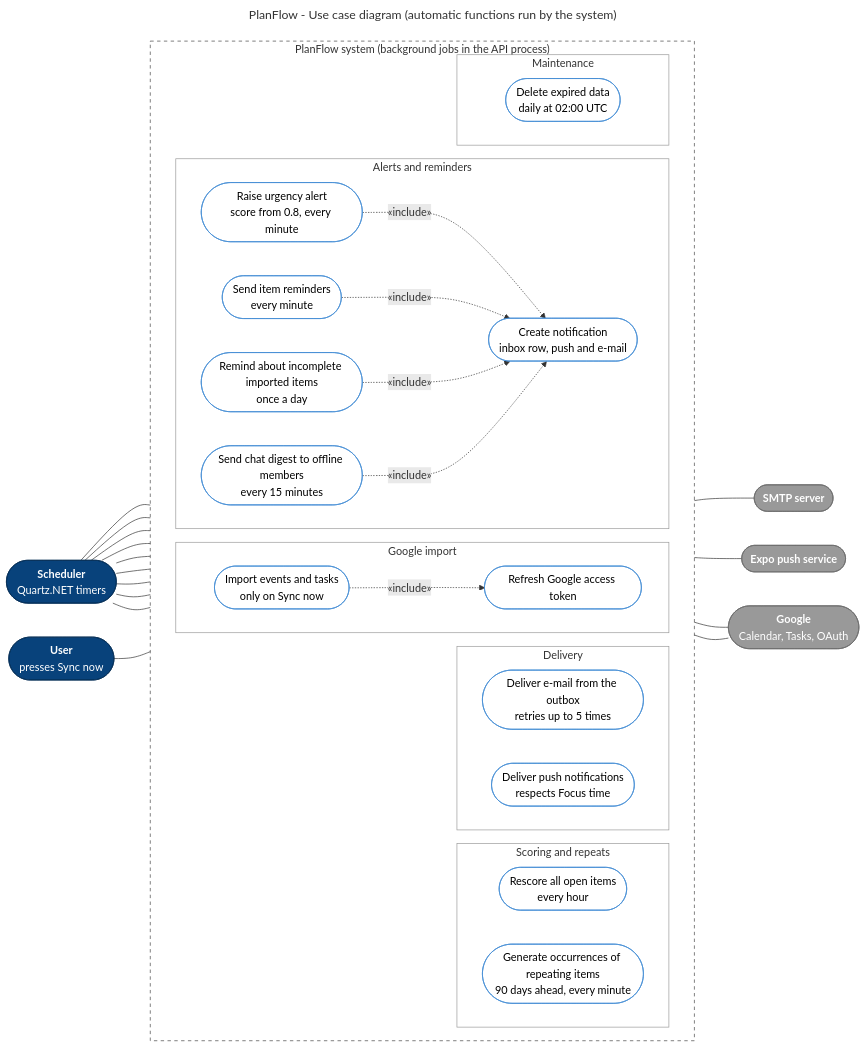
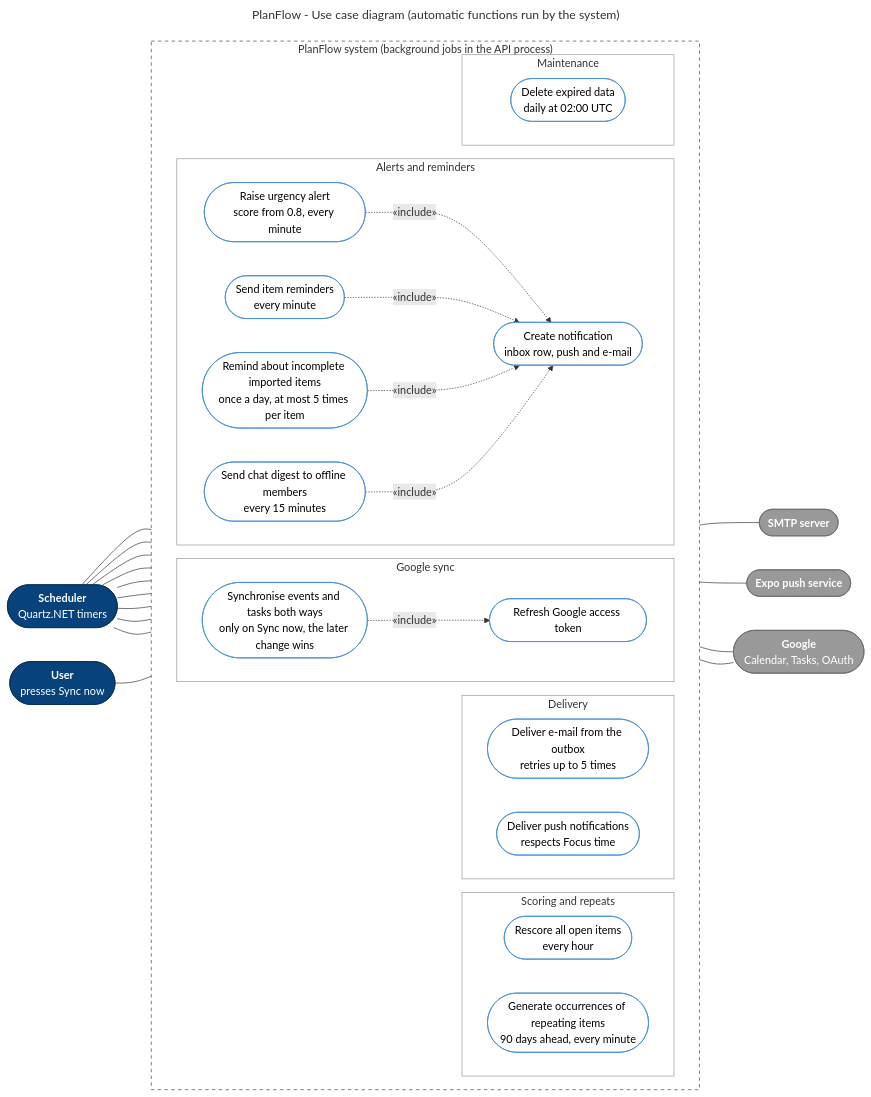
The diagram in documents/diagrams/use_cases_system.mmd (papisko7/Planflow), drawn with Mermaid before and after one commit. The commit also changed 95 other files, not shown here.

```diff
--- a/documents/diagrams/use_cases_system.mmd
+++ b/documents/diagrams/use_cases_system.mmd
@@ -1,73 +1,73 @@
 ---
 title: PlanFlow - Use case diagram (automatic functions run by the system)
 ---
 flowchart LR
     scheduler(["<b>Scheduler</b><br/>Quartz.NET timers"]):::actor
     user(["<b>User</b><br/>presses Sync now"]):::actor
     smtp(["<b>SMTP server</b>"]):::external
     expo(["<b>Expo push service</b>"]):::external
     google(["<b>Google</b><br/>Calendar, Tasks, OAuth"]):::external
 
     subgraph system ["PlanFlow system (background jobs in the API process)"]
         direction LR
 
         subgraph scoring ["Scoring and repeats"]
             rescore(["Rescore all open items<br/>every hour"]):::uc
             generate(["Generate occurrences of repeating items<br/>90 days ahead, every minute"]):::uc
         end
 
         subgraph alerts ["Alerts and reminders"]
             alert(["Raise urgency alert<br/>score from 0.8, every minute"]):::uc
             itemrem(["Send item reminders<br/>every minute"]):::uc
-            incomplete(["Remind about incomplete imported items<br/>once a day"]):::uc
+            incomplete(["Remind about incomplete imported items<br/>once a day, at most 5 times per item"]):::uc
             digest(["Send chat digest to offline members<br/>every 15 minutes"]):::uc
             notify(["Create notification<br/>inbox row, push and e-mail"]):::uc
         end
 
         subgraph delivery ["Delivery"]
             outbox(["Deliver e-mail from the outbox<br/>retries up to 5 times"]):::uc
             pushjob(["Deliver push notifications<br/>respects Focus time"]):::uc
         end
 
-        subgraph import ["Google import"]
-            syncjob(["Import events and tasks<br/>only on Sync now"]):::uc
+        subgraph import ["Google sync"]
+            syncjob(["Synchronise events and tasks both ways<br/>only on Sync now, the later change wins"]):::uc
             token(["Refresh Google access token"]):::uc
         end
 
         subgraph care ["Maintenance"]
             cleanup(["Delete expired data<br/>daily at 02:00 UTC"]):::uc
         end
     end
 
     scheduler --- rescore
     scheduler --- generate
     scheduler --- alert
     scheduler --- itemrem
     scheduler --- incomplete
     scheduler --- digest
     scheduler --- outbox
     scheduler --- pushjob
     scheduler --- cleanup
 
     user --- syncjob
 
     alert -.->|"«include»"| notify
     itemrem -.->|"«include»"| notify
     incomplete -.->|"«include»"| notify
     digest -.->|"«include»"| notify
     syncjob -.->|"«include»"| token
 
     outbox --- smtp
     pushjob --- expo
     syncjob --- google
     token --- google
 
     classDef actor fill:#08427b,stroke:#052e56,color:#fff
     classDef external fill:#999,stroke:#6b6b6b,color:#fff
     classDef uc fill:#fff,stroke:#438dd5,color:#000
     style system fill:none,stroke:#444,stroke-dasharray:5 5
     style scoring fill:none,stroke:#999
     style alerts fill:none,stroke:#999
     style delivery fill:none,stroke:#999
     style import fill:none,stroke:#999
     style care fill:none,stroke:#999
```
